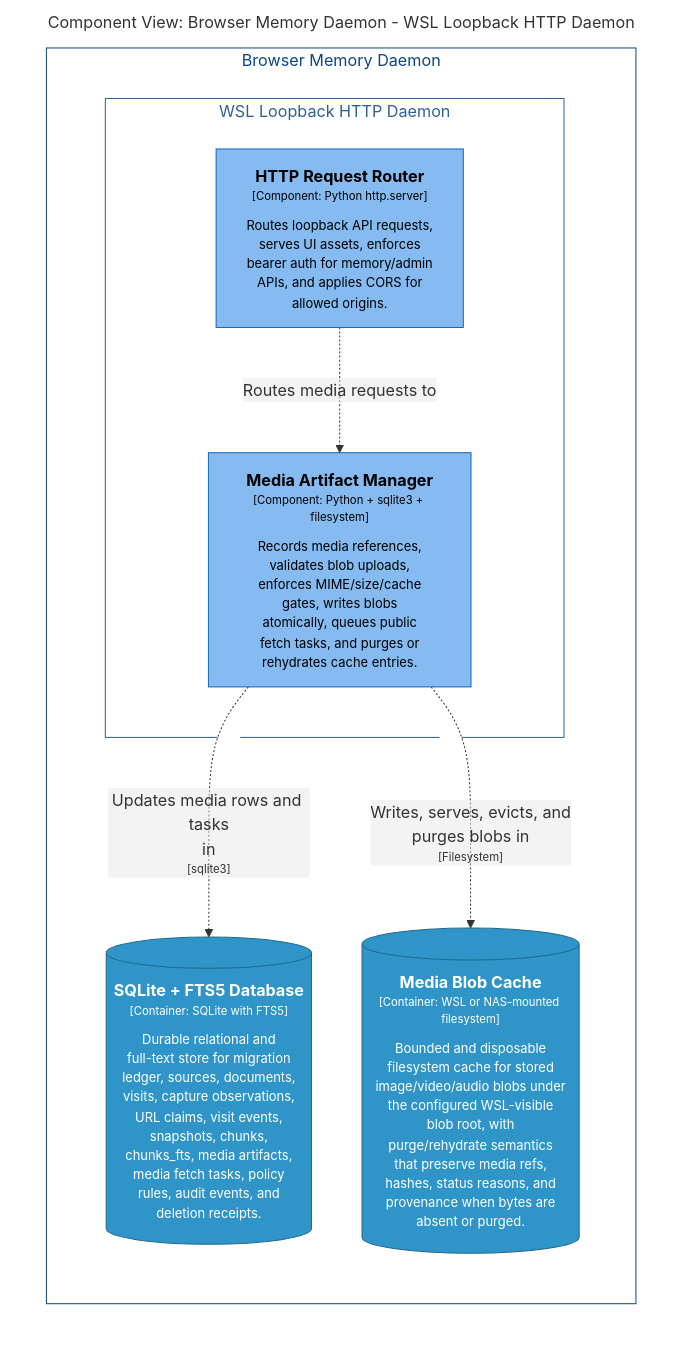
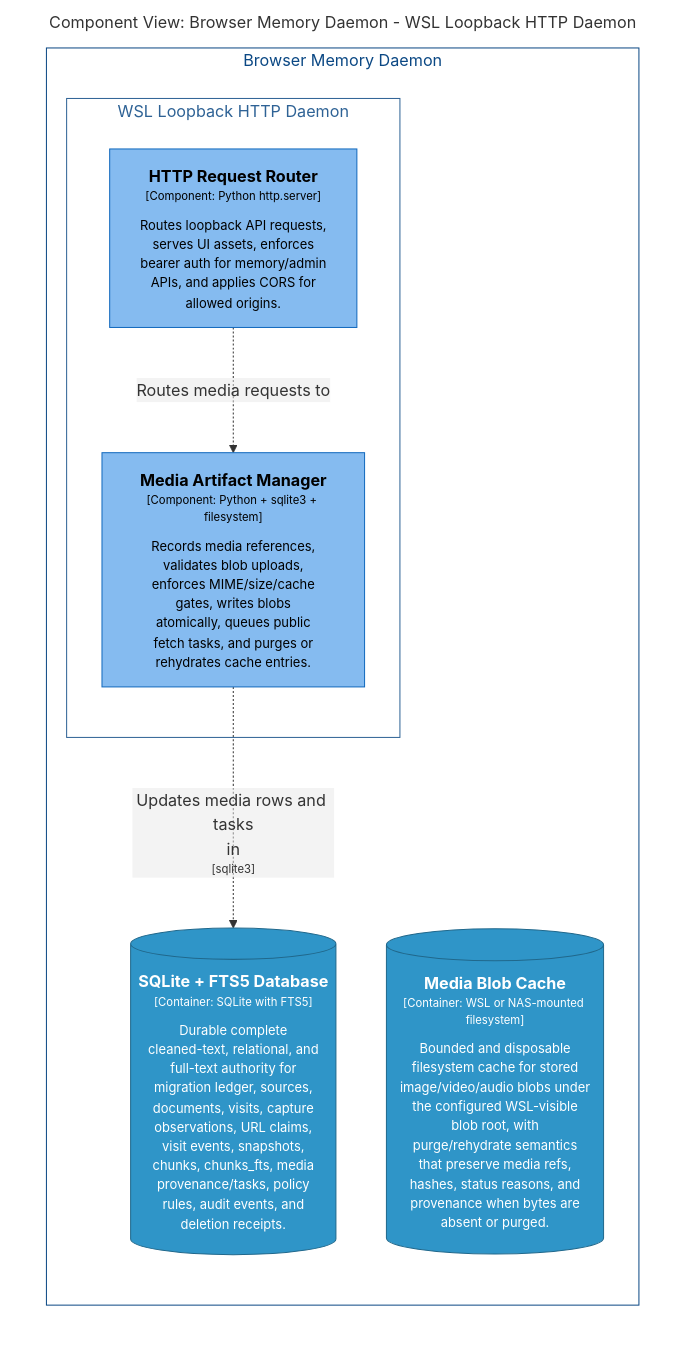
The diagram in docs/architecture/diagrams/markdown/DaemonMediaComponents.md (michaelnicks0/browser-memory-daemon), drawn with Mermaid before and after one commit. The commit also changed 196 other files, not shown here.

Commit message:
feat(storage): make SQLite authoritative for snapshot text

````diff
--- a/docs/architecture/diagrams/markdown/DaemonMediaComponents.md
+++ b/docs/architecture/diagrams/markdown/DaemonMediaComponents.md
@@ -16,31 +16,30 @@
 ```mermaid
 graph LR
   linkStyle default fill:#ffffff
 
   subgraph diagram ["Component View: Browser Memory Daemon - WSL Loopback HTTP Daemon"]
     style diagram fill:#ffffff,stroke:#ffffff
 
     subgraph 4 ["Browser Memory Daemon"]
       style 4 fill:#ffffff,stroke:#0b4884,color:#0b4884
 
       subgraph 14 ["WSL Loopback HTTP Daemon"]
         style 14 fill:#ffffff,stroke:#2e6295,color:#2e6295
 
         15["<div style='font-weight: bold'>HTTP Request Router</div><div style='font-size: 70%; margin-top: 0px'>[Component: Python http.server]</div><div style='font-size: 80%; margin-top:10px'>Routes loopback API requests,<br />serves UI assets, enforces<br />bearer auth for memory/admin<br />APIs, and applies CORS for<br />allowed origins.</div>"]
         style 15 fill:#85bbf0,stroke:#1168bd,color:#000000
         21["<div style='font-weight: bold'>Media Artifact Manager</div><div style='font-size: 70%; margin-top: 0px'>[Component: Python + sqlite3 + filesystem]</div><div style='font-size: 80%; margin-top:10px'>Records media references,<br />validates blob uploads,<br />enforces MIME/size/cache<br />gates, writes blobs<br />atomically, queues public<br />fetch tasks, and purges or<br />rehydrates cache entries.</div>"]
         style 21 fill:#85bbf0,stroke:#1168bd,color:#000000
       end
 
-      28[("<div style='font-weight: bold'>SQLite + FTS5 Database</div><div style='font-size: 70%; margin-top: 0px'>[Container: SQLite with FTS5]</div><div style='font-size: 80%; margin-top:10px'>Durable relational and<br />full-text store for migration<br />ledger, sources, documents,<br />visits, capture observations,<br />URL claims, visit events,<br />snapshots, chunks,<br />chunks_fts, media artifacts,<br />media fetch tasks, policy<br />rules, audit events, and<br />deletion receipts.</div>")]
-      style 28 fill:#2f95c8,stroke:#20688c,color:#ffffff
-      30[("<div style='font-weight: bold'>Media Blob Cache</div><div style='font-size: 70%; margin-top: 0px'>[Container: WSL or NAS-mounted filesystem]</div><div style='font-size: 80%; margin-top:10px'>Bounded and disposable<br />filesystem cache for stored<br />image/video/audio blobs under<br />the configured WSL-visible<br />blob root, with<br />purge/rehydrate semantics<br />that preserve media refs,<br />hashes, status reasons, and<br />provenance when bytes are<br />absent or purged.</div>")]
-      style 30 fill:#2f95c8,stroke:#20688c,color:#ffffff
+      29[("<div style='font-weight: bold'>SQLite + FTS5 Database</div><div style='font-size: 70%; margin-top: 0px'>[Container: SQLite with FTS5]</div><div style='font-size: 80%; margin-top:10px'>Durable complete<br />cleaned-text, relational, and<br />full-text authority for<br />migration ledger, sources,<br />documents, visits, capture<br />observations, URL claims,<br />visit events, snapshots,<br />chunks, chunks_fts, media<br />provenance/tasks, policy<br />rules, audit events, and<br />deletion receipts.</div>")]
+      style 29 fill:#2f95c8,stroke:#20688c,color:#ffffff
+      31[("<div style='font-weight: bold'>Media Blob Cache</div><div style='font-size: 70%; margin-top: 0px'>[Container: WSL or NAS-mounted filesystem]</div><div style='font-size: 80%; margin-top:10px'>Bounded and disposable<br />filesystem cache for stored<br />image/video/audio blobs under<br />the configured WSL-visible<br />blob root, with<br />purge/rehydrate semantics<br />that preserve media refs,<br />hashes, status reasons, and<br />provenance when bytes are<br />absent or purged.</div>")]
+      style 31 fill:#2f95c8,stroke:#20688c,color:#ffffff
     end
 
     15-. "<div>Routes media requests to</div><div style='font-size: 70%'></div>" .->21
-    21-. "<div>Updates media rows and tasks<br />in</div><div style='font-size: 70%'>[sqlite3]</div>" .->28
-    21-. "<div>Writes, serves, evicts, and<br />purges blobs in</div><div style='font-size: 70%'>[Filesystem]</div>" .->30
+    21-. "<div>Updates media rows and tasks<br />in</div><div style='font-size: 70%'>[sqlite3]</div>" .->29
 
   end
 ```
````
